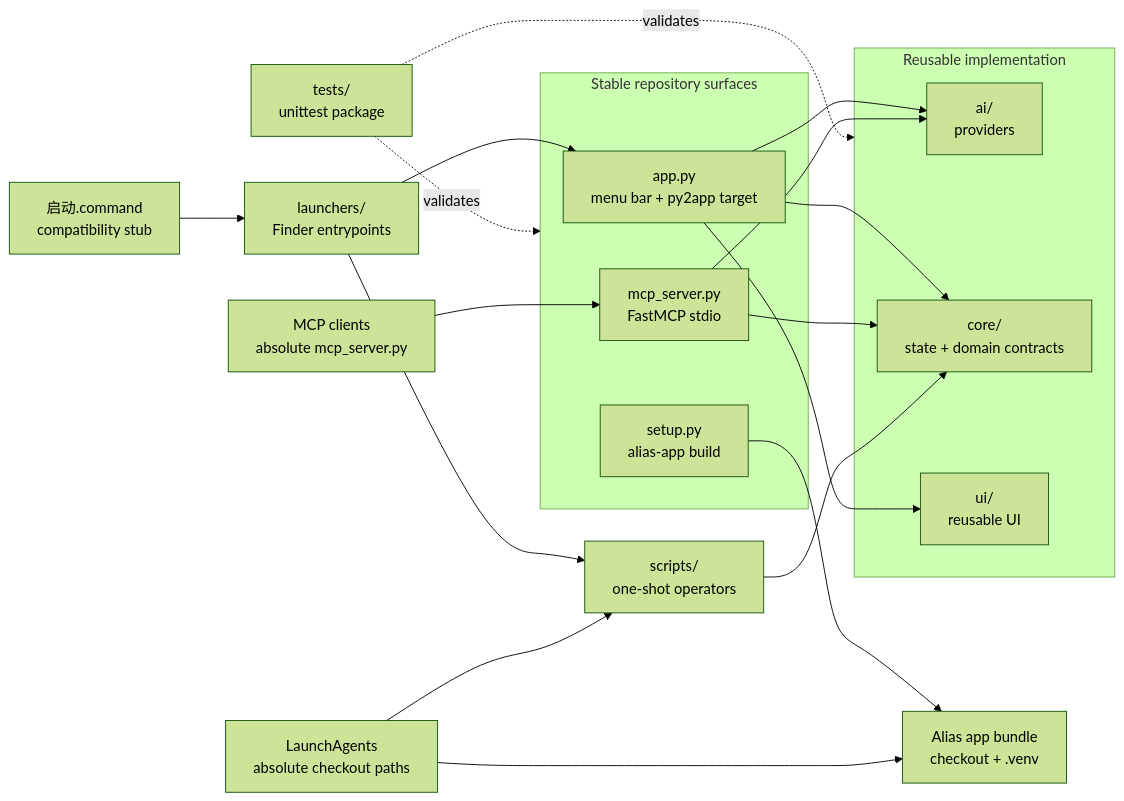
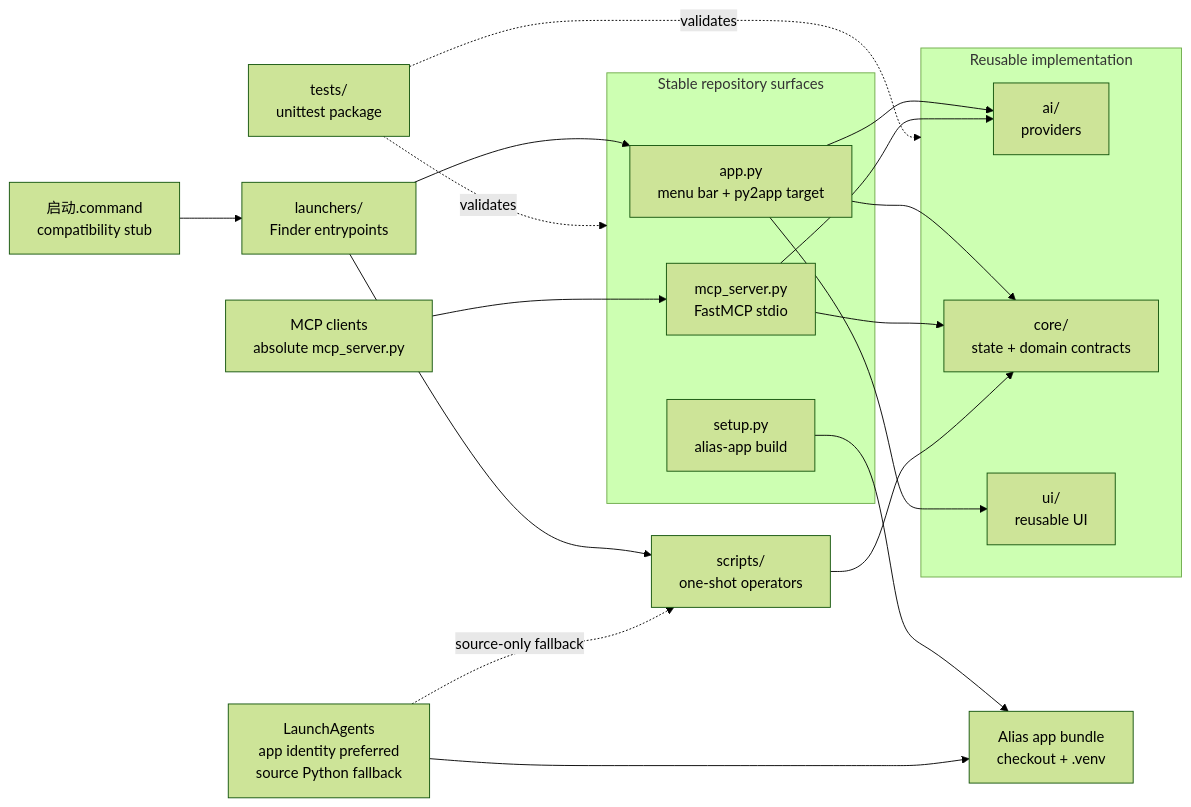
Before and after one commit to axinjjj/we-groupchat-obsidian: the diagram in README.md, drawn with Mermaid (forest theme). The commit also changed other lines of this file and 17 other files, not shown here.

````diff
--- a/README.md
+++ b/README.md
@@ -584,36 +596,36 @@
 ```mermaid
 flowchart LR
   subgraph Root["Stable repository surfaces"]
     APP["app.py<br/>menu bar + py2app target"]
     MCP["mcp_server.py<br/>FastMCP stdio"]
     SETUP["setup.py<br/>alias-app build"]
   end
   subgraph Packages["Reusable implementation"]
     AI["ai/<br/>providers"]
     CORE["core/<br/>state + domain contracts"]
     UI["ui/<br/>reusable UI"]
   end
   SCRIPTS["scripts/<br/>one-shot operators"]
   LAUNCHERS["launchers/<br/>Finder entrypoints"]
   ROOTSTART["启动.command<br/>compatibility stub"]
   TESTS["tests/<br/>unittest package"]
-  AGENTS["LaunchAgents<br/>absolute checkout paths"]
+  AGENTS["LaunchAgents<br/>app identity preferred<br/>source Python fallback"]
   BUNDLE["Alias app bundle<br/>checkout + .venv"]
   CLIENTS["MCP clients<br/>absolute mcp_server.py"]
 
   APP --> AI
   APP --> CORE
   APP --> UI
   MCP --> AI
   MCP --> CORE
   SCRIPTS --> CORE
   ROOTSTART --> LAUNCHERS
   LAUNCHERS --> APP
   LAUNCHERS --> SCRIPTS
   SETUP --> BUNDLE
   AGENTS --> BUNDLE
-  AGENTS --> SCRIPTS
+  AGENTS -. "source-only fallback" .-> SCRIPTS
   CLIENTS --> MCP
   TESTS -. "validates" .-> Root
   TESTS -. "validates" .-> Packages
 ```
````
